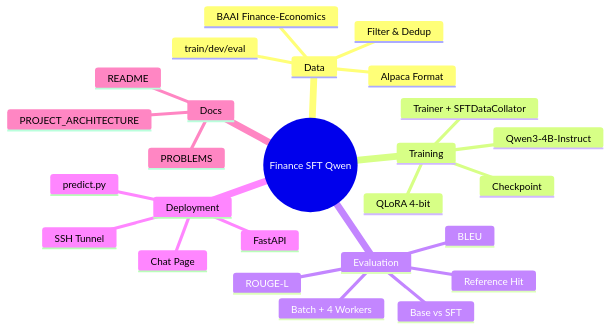
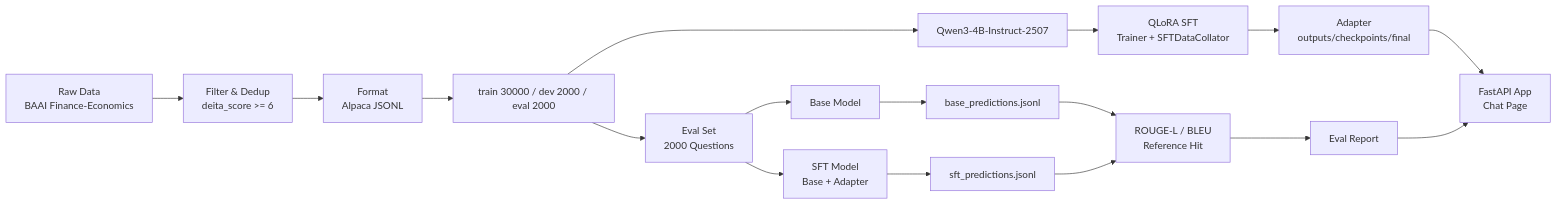
The diagram in README.md (Dongshangyu/finance-sft-qwen), drawn with Mermaid before and after one commit.

Commit message:
replace mindmap with pipeline flowchart

````diff
--- a/README.md
+++ b/README.md
@@ -13,29 +13,22 @@
 ```mermaid
-mindmap
-  root((Finance SFT Qwen))
-    Data
-      BAAI Finance-Economics
-      Filter & Dedup
-      Alpaca Format
-      train/dev/eval
-    Training
-      Qwen3-4B-Instruct
-      QLoRA 4-bit
-      Trainer + SFTDataCollator
-      Checkpoint
-    Evaluation
-      Base vs SFT
-      ROUGE-L
-      BLEU
-      Reference Hit
-      Batch + 4 Workers
-    Deployment
-      predict.py
-      FastAPI
-      Chat Page
-      SSH Tunnel
-    Docs
-      README
-      PROJECT_ARCHITECTURE
-      PROBLEMS
+flowchart LR
+  A[Raw Data<br/>BAAI Finance-Economics] --> B[Filter & Dedup<br/>deita_score >= 6]
+  B --> C[Format<br/>Alpaca JSONL]
+  C --> D[train 30000 / dev 2000 / eval 2000]
+
+  D --> E[Qwen3-4B-Instruct-2507]
+  E --> F[QLoRA SFT<br/>Trainer + SFTDataCollator]
+  F --> G[Adapter<br/>outputs/checkpoints/final]
+
+  D --> H[Eval Set<br/>2000 Questions]
+  H --> I[Base Model]
+  H --> J[SFT Model<br/>Base + Adapter]
+  I --> K[base_predictions.jsonl]
+  J --> L[sft_predictions.jsonl]
+  K --> M[ROUGE-L / BLEU<br/>Reference Hit]
+  L --> M
+  M --> N[Eval Report]
+
+  G --> O[FastAPI App<br/>Chat Page]
+  N --> O
 ```
````
